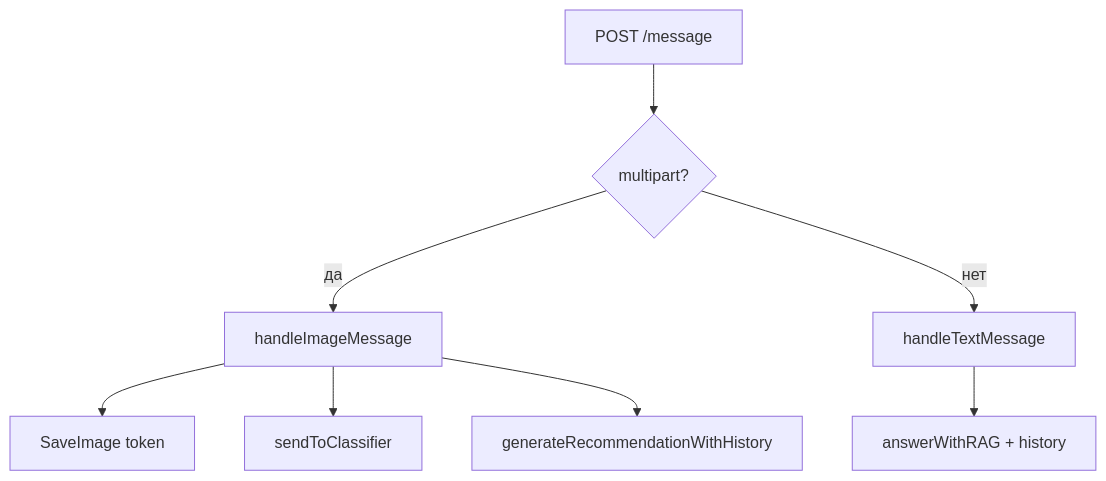
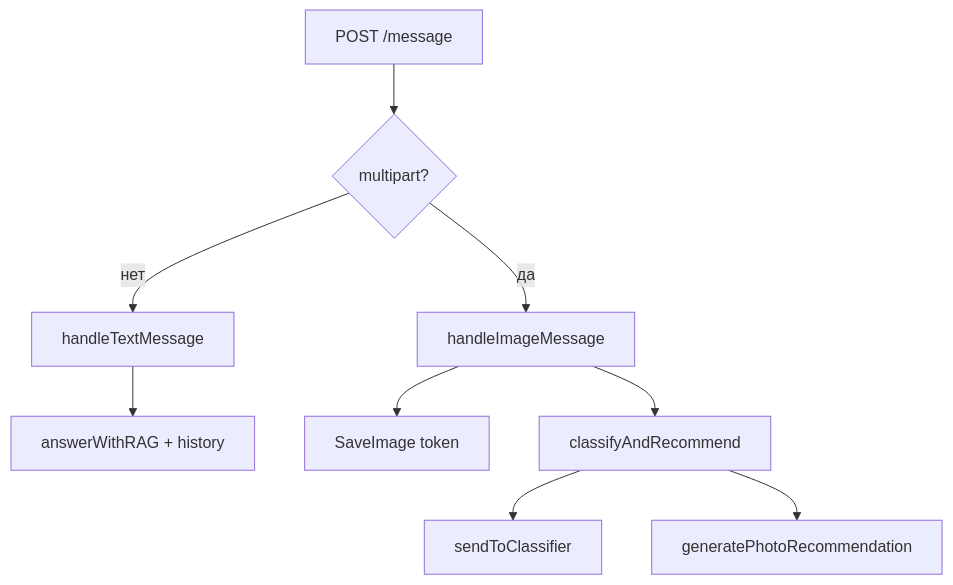
One commit to kantik001/grounded_horticulture_en changed the diagram in docs/knowledge-base/server-chat-and-db.md. Above: the diagram before and after it, drawn with Mermaid. The commit also changed other lines of this file and 8 other files, not shown here.

````diff
--- a/docs/knowledge-base/server-chat-and-db.md
+++ b/docs/knowledge-base/server-chat-and-db.md
@@ -26,10 +26,11 @@
 ```mermaid
 flowchart TD
     M[POST /message] --> P{multipart?}
     P -->|да| I[handleImageMessage]
     P -->|нет| T[handleTextMessage]
     T --> RAG[answerWithRAG + history]
     I --> SAVE[SaveImage token]
-    I --> CV[sendToClassifier]
-    I --> LLM[generateRecommendationWithHistory]
+    I --> CAR[classifyAndRecommend]
+    CAR --> CV[sendToClassifier]
+    CAR --> LLM[generatePhotoRecommendation]
 ```
````
